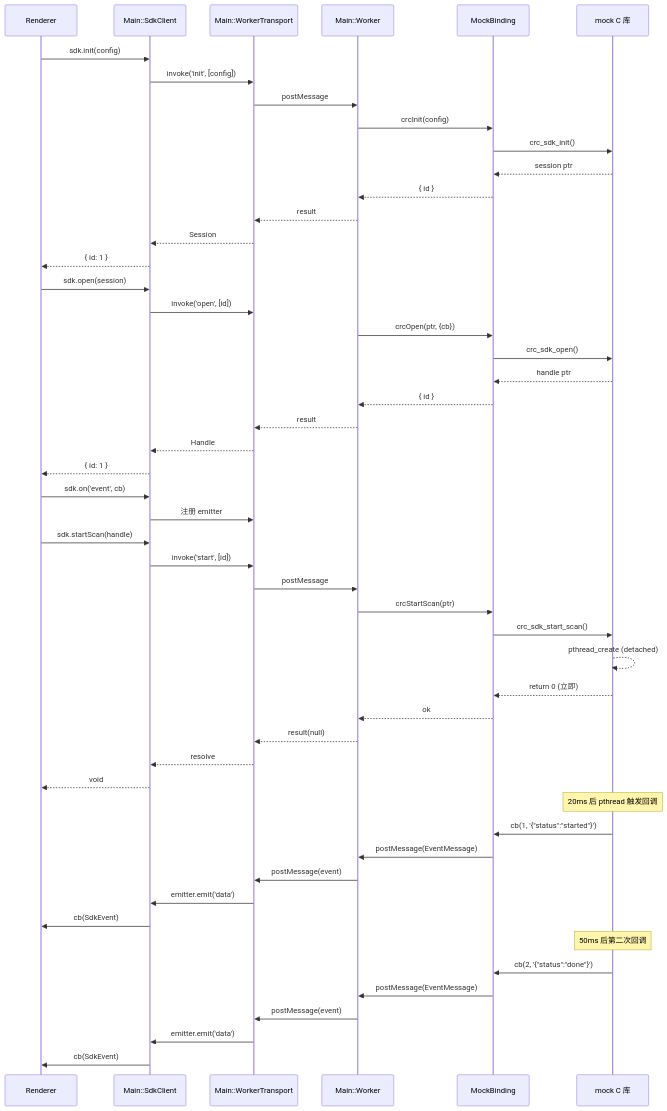
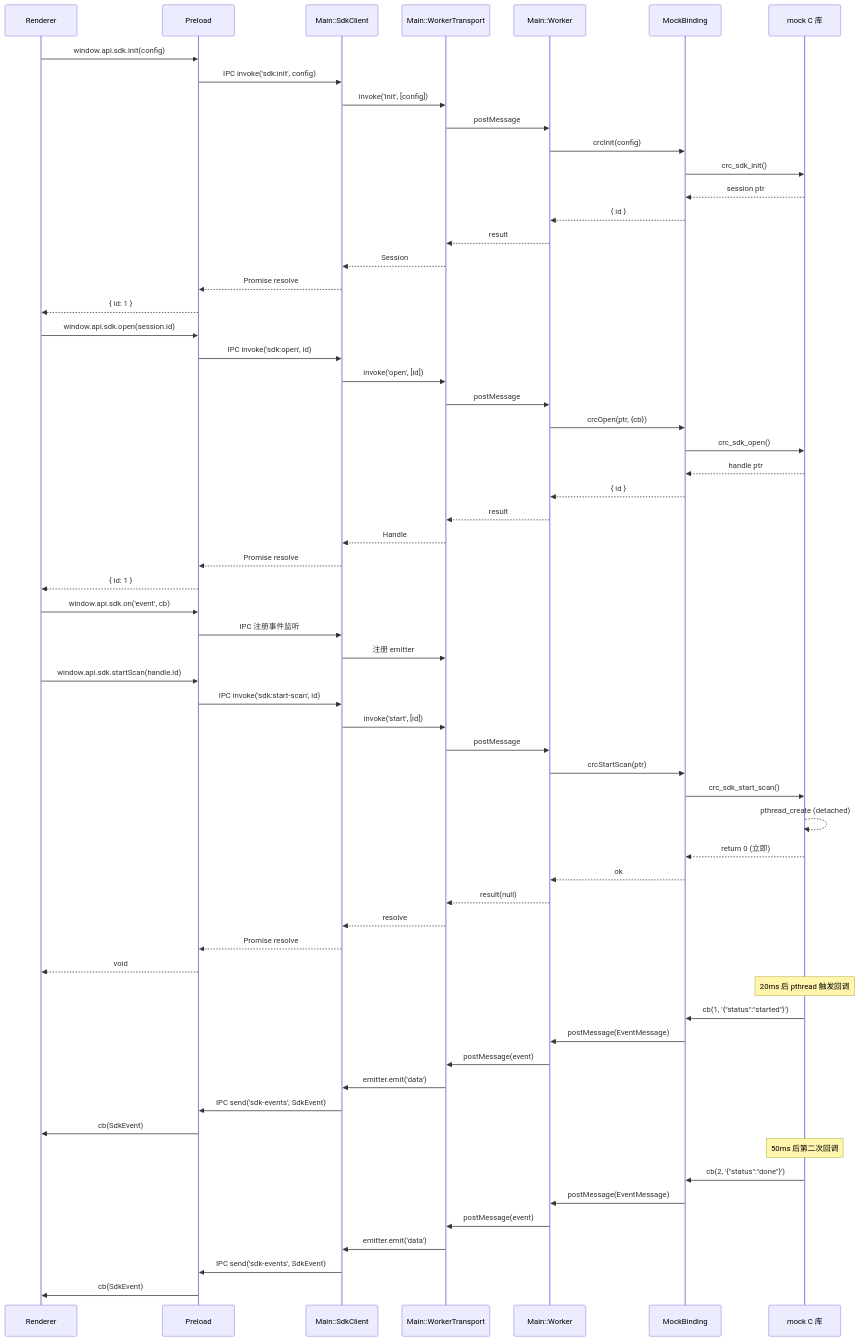
One commit to lupnfer/vue_with_csdk changed the fourth of 13 diagrams in docs/architecture-diagrams.md. Above: the diagram before and after it, drawn with Mermaid. The commit also changed other lines of this file, not shown here.

First line of the commit message:
fix(docs): 所有时序图统一加 Preload 层

````diff
--- a/docs/architecture-diagrams.md
+++ b/docs/architecture-diagrams.md
@@ -178,59 +178,70 @@
 ```mermaid
 sequenceDiagram
     participant R as Renderer
+    participant P as Preload
     participant M as Main::SdkClient
     participant T as Main::WorkerTransport
     participant W as Main::Worker
     participant B as MockBinding
     participant C as mock C 库
 
-    R->>M: sdk.init(config)
+    R->>P: window.api.sdk.init(config)
+    P->>M: IPC invoke('sdk:init', config)
     M->>T: invoke('init', [config])
     T->>W: postMessage
     W->>B: crcInit(config)
     B->>C: crc_sdk_init()
     C-->>B: session ptr
     B-->>W: { id }
     W-->>T: result
     T-->>M: Session
-    M-->>R: { id: 1 }
+    M-->>P: Promise resolve
+    P-->>R: { id: 1 }
 
-    R->>M: sdk.open(session)
+    R->>P: window.api.sdk.open(session.id)
+    P->>M: IPC invoke('sdk:open', id)
     M->>T: invoke('open', [id])
+    T->>W: postMessage
     W->>B: crcOpen(ptr, {cb})
     B->>C: crc_sdk_open()
     C-->>B: handle ptr
     B-->>W: { id }
     W-->>T: result
     T-->>M: Handle
-    M-->>R: { id: 1 }
+    M-->>P: Promise resolve
+    P-->>R: { id: 1 }
 
-    R->>M: sdk.on('event', cb)
+    R->>P: window.api.sdk.on('event', cb)
+    P->>M: IPC 注册事件监听
     M->>T: 注册 emitter
 
-    R->>M: sdk.startScan(handle)
+    R->>P: window.api.sdk.startScan(handle.id)
+    P->>M: IPC invoke('sdk:start-scan', id)
     M->>T: invoke('start', [id])
     T->>W: postMessage
     W->>B: crcStartScan(ptr)
     B->>C: crc_sdk_start_scan()
     C-->>C: pthread_create (detached)
     C-->>B: return 0 (立即)
     B-->>W: ok
     W-->>T: result(null)
     T-->>M: resolve
-    M-->>R: void
+    M-->>P: Promise resolve
+    P-->>R: void
 
     Note over C: 20ms 后 pthread 触发回调
     C->>B: cb(1, '{"status":"started"}')
     B->>W: postMessage(EventMessage)
     W->>T: postMessage(event)
     T->>M: emitter.emit('data')
-    M->>R: cb(SdkEvent)
+    M->>P: IPC send('sdk-events', SdkEvent)
+    P->>R: cb(SdkEvent)
 
     Note over C: 50ms 后第二次回调
     C->>B: cb(2, '{"status":"done"}')
     B->>W: postMessage(EventMessage)
     W->>T: postMessage(event)
     T->>M: emitter.emit('data')
-    M->>R: cb(SdkEvent)
+    M->>P: IPC send('sdk-events', SdkEvent)
+    P->>R: cb(SdkEvent)
 ```
````
